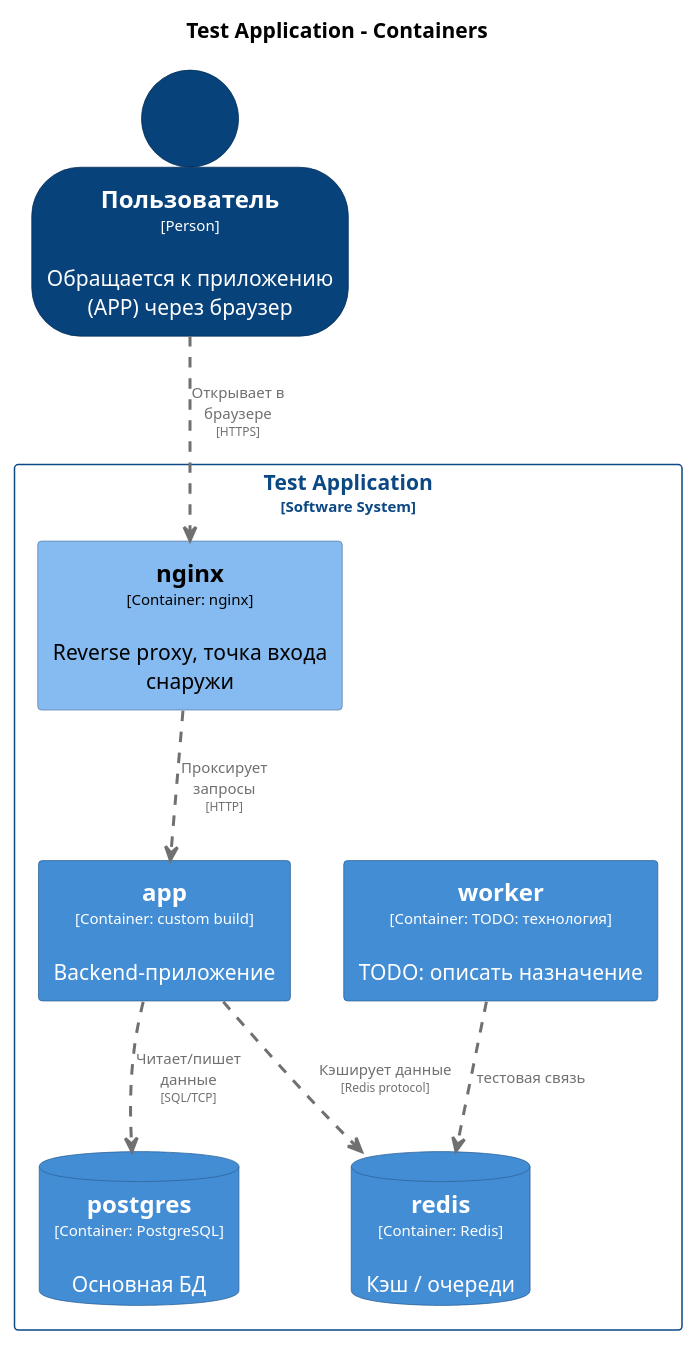
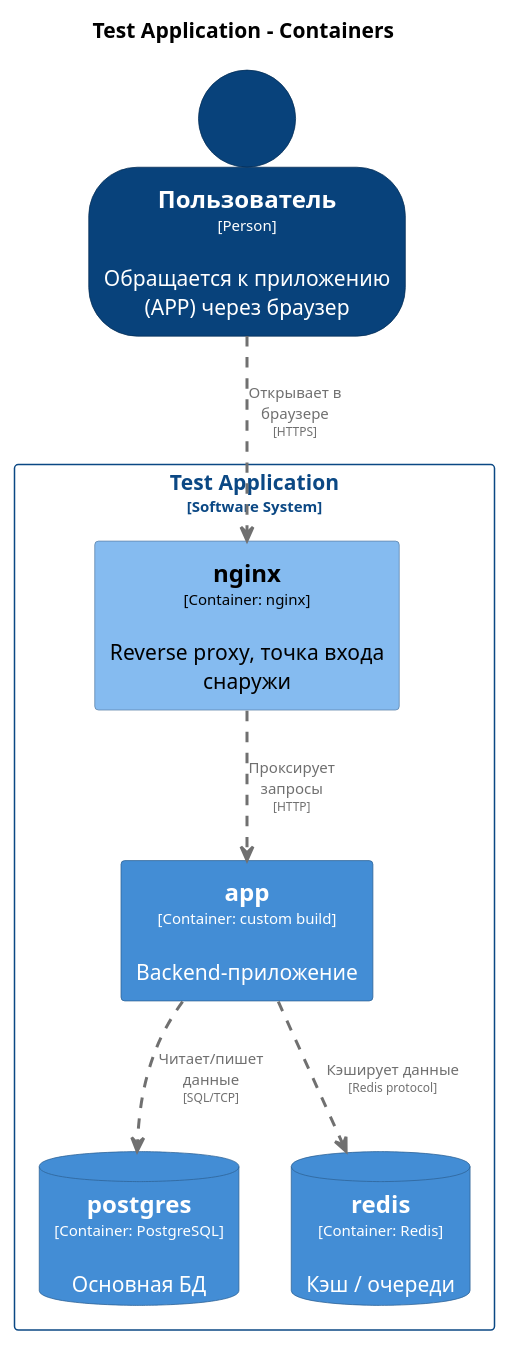
The diagram in architecture/diagrams/structurizr-Containers.puml (dmitryimalkov/cicd), drawn with PlantUML before and after one commit. The commit also changed 2 other files, not shown here.

Commit message:
docs: auto-sync architecture with docker-compose

```diff
--- a/architecture/diagrams/structurizr-Containers.puml
+++ b/architecture/diagrams/structurizr-Containers.puml
@@ -1,73 +1,65 @@
 @startuml
 set separator none
 title Test Application - Containers
 
 top to bottom direction
 
 skinparam {
   arrowFontSize 10
   defaultTextAlignment center
   wrapWidth 200
   maxMessageSize 100
 }
 
 hide stereotype
 
 skinparam rectangle<<TestApplication.app>> {
   BackgroundColor #438dd5
   FontColor #ffffff
   BorderColor #2e6295
   shadowing false
 }
 skinparam rectangle<<TestApplication.nginx>> {
   BackgroundColor #85bbf0
   FontColor #000000
   BorderColor #5d82a8
   shadowing false
 }
 skinparam database<<TestApplication.postgres>> {
   BackgroundColor #438dd5
   FontColor #ffffff
   BorderColor #2e6295
   shadowing false
 }
 skinparam database<<TestApplication.redis>> {
   BackgroundColor #438dd5
   FontColor #ffffff
   BorderColor #2e6295
   shadowing false
 }
-skinparam rectangle<<TestApplication.worker>> {
-  BackgroundColor #438dd5
-  FontColor #ffffff
-  BorderColor #2e6295
-  shadowing false
-}
 skinparam person<<Пользователь>> {
   BackgroundColor #08427b
   FontColor #ffffff
   BorderColor #052e56
   shadowing false
 }
 skinparam rectangle<<TestApplication>> {
   BorderColor #0b4884
   FontColor #0b4884
   shadowing false
 }
 
 person "==Пользователь\n<size:10>[Person]</size>\n\nОбращается к приложению (APP) через браузер" <<Пользователь>> as Пользователь
 
 rectangle "Test Application\n<size:10>[Software System]</size>" <<TestApplication>> {
-  rectangle "==worker\n<size:10>[Container: TODO: технология]</size>\n\nTODO: описать назначение" <<TestApplication.worker>> as TestApplication.worker
   rectangle "==nginx\n<size:10>[Container: nginx]</size>\n\nReverse proxy, точка входа снаружи" <<TestApplication.nginx>> as TestApplication.nginx
   rectangle "==app\n<size:10>[Container: custom build]</size>\n\nBackend-приложение" <<TestApplication.app>> as TestApplication.app
   database "==postgres\n<size:10>[Container: PostgreSQL]</size>\n\nОсновная БД" <<TestApplication.postgres>> as TestApplication.postgres
   database "==redis\n<size:10>[Container: Redis]</size>\n\nКэш / очереди" <<TestApplication.redis>> as TestApplication.redis
 }
 
 TestApplication.app .[#707070,thickness=2].> TestApplication.postgres : "<color:#707070>Читает/пишет данные\n<color:#707070><size:8>[SQL/TCP]</size>"
 TestApplication.app .[#707070,thickness=2].> TestApplication.redis : "<color:#707070>Кэширует данные\n<color:#707070><size:8>[Redis protocol]</size>"
-TestApplication.worker .[#707070,thickness=2].> TestApplication.redis : "<color:#707070>тестовая связь"
 Пользователь .[#707070,thickness=2].> TestApplication.nginx : "<color:#707070>Открывает в браузере\n<color:#707070><size:8>[HTTPS]</size>"
 TestApplication.nginx .[#707070,thickness=2].> TestApplication.app : "<color:#707070>Проксирует запросы\n<color:#707070><size:8>[HTTP]</size>"
 @enduml
```
